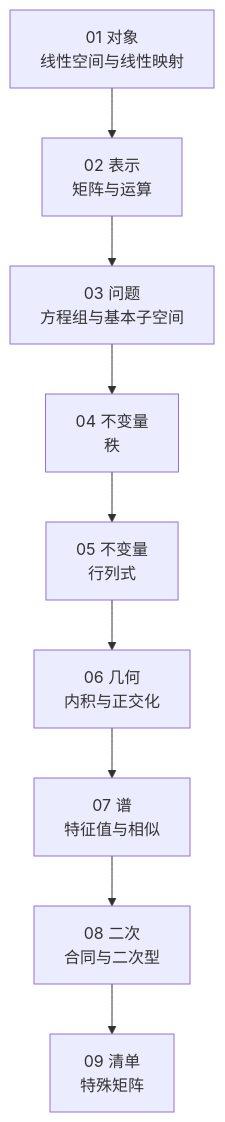
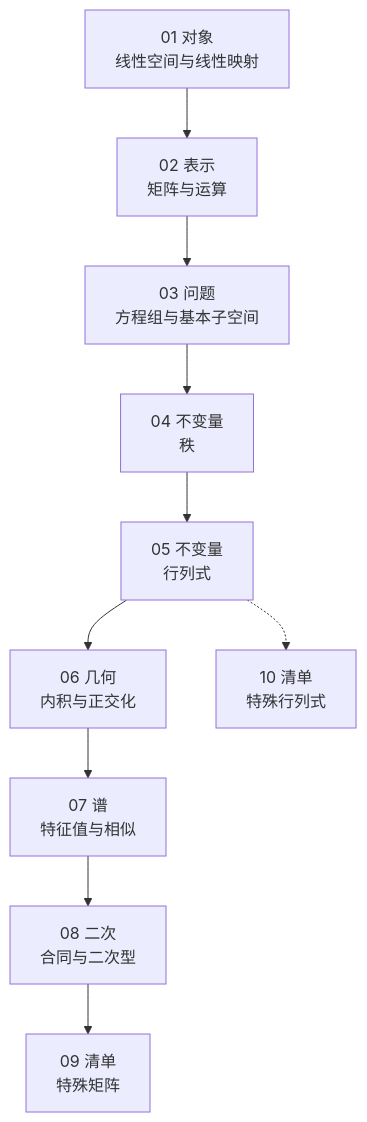
The diagram in Math_Note/代数学/00_总览/线性代数知识主线.md (Ashington258/Math_Problem), drawn with Mermaid before and after one commit. The commit also changed other lines of this file and 4 other files, not shown here.

````diff
--- a/Math_Note/代数学/00_总览/线性代数知识主线.md
+++ b/Math_Note/代数学/00_总览/线性代数知识主线.md
@@ -25,11 +26,12 @@
 ```mermaid
 flowchart TD
     A["01 对象<br/>线性空间与线性映射"] --> B["02 表示<br/>矩阵与运算"]
     B --> C["03 问题<br/>方程组与基本子空间"]
     C --> D["04 不变量<br/>秩"]
     D --> E["05 不变量<br/>行列式"]
     E --> F["06 几何<br/>内积与正交化"]
     F --> G["07 谱<br/>特征值与相似"]
     G --> H["08 二次<br/>合同与二次型"]
     H --> I["09 清单<br/>特殊矩阵"]
+    E -.-> J["10 清单<br/>特殊行列式"]
 ```
````
